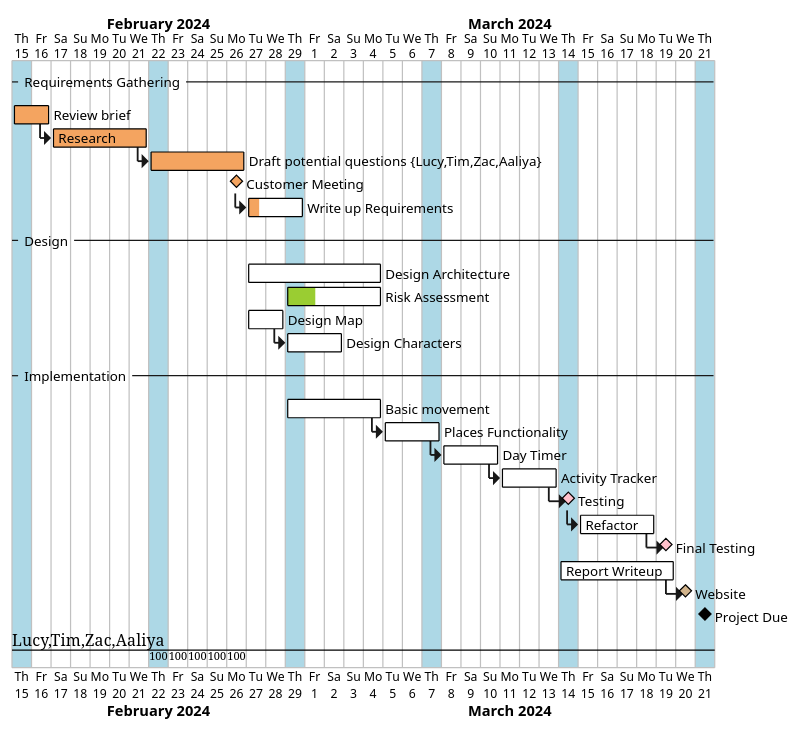
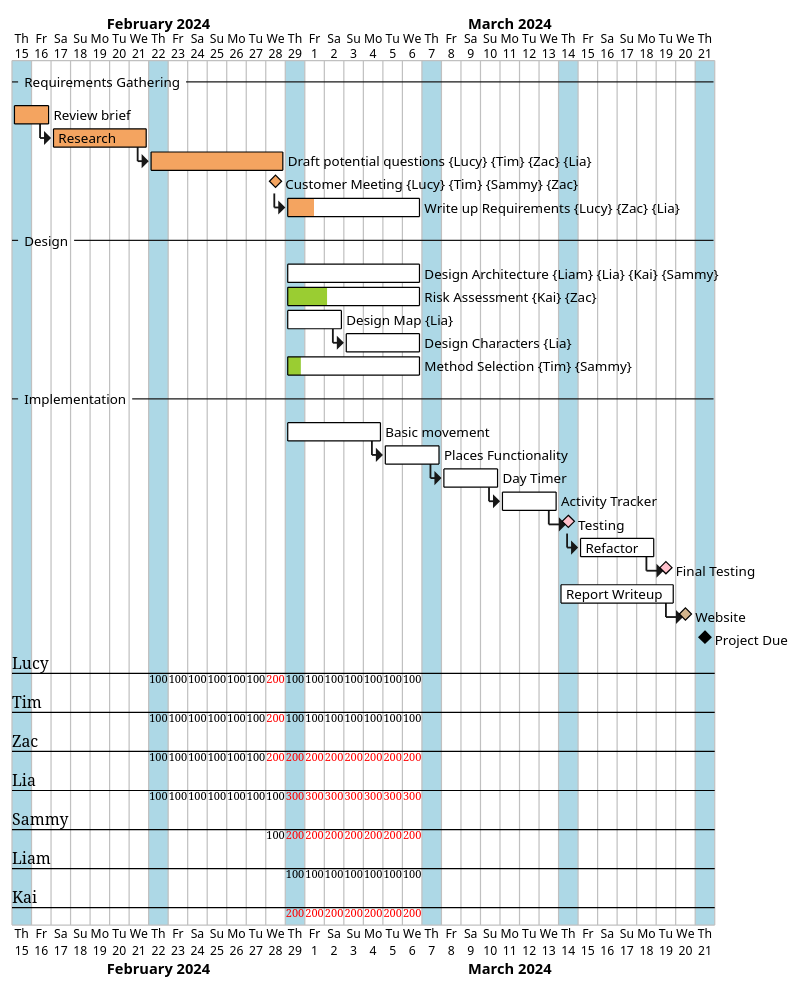
Before and after one commit to TheRealEmissions/uoy-eng1: the diagram in gannt.puml, drawn with PlantUML.

Commit message:
updated tasks
updated tasks, due dates and resources according to consensus in practical 29/02/24

```diff
--- a/gannt.puml
+++ b/gannt.puml
@@ -1,50 +1,52 @@
 @startgantt
 Project starts 2024-02-15
 
 ' Days of Practicals
 2024-02-15 is colored in lightblue
 2024-02-22 is colored in lightblue
 2024-02-29 is colored in lightblue
 2024-03-07 is colored in lightblue
 2024-03-14 is colored in lightblue
 2024-03-21 is colored in lightblue
 
 --Requirements Gathering--
 [Review brief] requires 2 days and is colored in sandybrown/black
 then [Research] requires 5 days and is colored in sandybrown/black
-then [Draft potential questions] on {Lucy,Tim,Zac,Aaliya} requires 5 days and is colored in sandybrown/black
+then [Draft potential questions] on {Lucy}{Tim}{Zac}{Lia} requires 28 days and is colored in sandybrown/black
 
-[Customer Meeting] happens at [Draft potential questions]'s end and is colored in sandybrown/black
-then [Write up Requirements] requires 3 days and is colored in sandybrown/black and is 0% complete
+[Customer Meeting] on {Lucy}{Tim}{Sammy}{Zac} happens at [Draft potential questions]'s end and is colored in sandybrown/black
+then [Write up Requirements] on {Lucy}{Zac}{Lia} requires 21 days and is colored in sandybrown/black and is 0% complete
 [Write up Requirements] is 20% complete
 
 --Design--
-[Design Architecture] starts at 2024-02-27 and requires 7 days and is colored in yellowgreen/black
+[Design Architecture] on {Liam}{Lia}{Kai}{Sammy} starts at 2024-02-29 and requires 28 days and is colored in yellowgreen/black
 [Design Architecture] is 0% complete
-[Risk Assessment] starts at 2024-02-29 and requires 5 days and is colored in yellowgreen/black
+[Risk Assessment] on {Kai}{Zac} starts at 2024-02-29 and requires 14 days and is colored in yellowgreen/black
 [Risk Assessment] is 30% complete
-[Design Map] starts at 2024-02-27 and requires 2 days and is colored in yellowgreen/black
+[Design Map] on {Lia} starts at 2024-02-29 and requires 3 days and is colored in yellowgreen/black
 [Design Map] is 0% complete
-then [Design Characters] requires 3 days and is colored in yellowgreen/black
+then [Design Characters] on {Lia} requires 4 days and is colored in yellowgreen/black
 [Design Characters] is 0% complete
+[Method Selection] on {Tim}{Sammy} starts at 2024-02-29 and requires 14 days and is colored in yellowgreen/black
+[Method Selection] is 10% complete
 
 --Implementation--
 [Basic movement] requires 5 days and starts at 2024-02-29 and is colored in pink/black
 [Basic movement] is 0% complete
 then [Places Functionality] requires 3 days and is colored in pink/black
 [Places Functionality] is 0% complete
 then [Day Timer] requires 3 days and is colored in pink/black
 [Day Timer] is 0% complete
 then [Activity Tracker] requires 3 days and is colored in pink/black
 [Activity Tracker] is 0% complete
 then [Testing] happens at [Activity Tracker]'s end and is colored in pink/black
 then [Refactor] requires 4 days and is colored in pink/black
 [Refactor] is 0% complete
 then [Final Testing] happens at [Refactor]'s end and is colored in pink/black
 [Final Testing] is 0% complete
 
 [Report Writeup] requires 6 days and starts at 2024-03-14 and is colored in tan/black
 [Report Writeup] is 0% complete
 then [Website] happens at [Report Writeup]'s end and is colored in tan/black
 [Project Due] happens at 2024-03-21
 @endgantt
```
